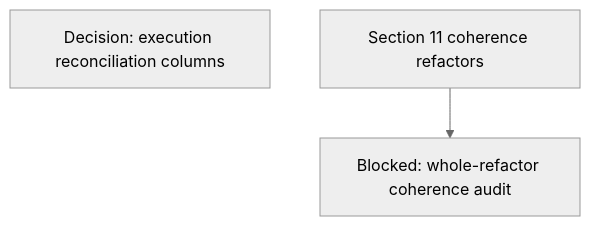
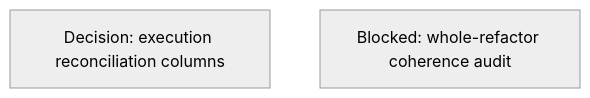
Before and after one commit to agentydragon-agent/ducktape: diagram 12 of 14 in agentplane/plans/task_dag.md, drawn with Mermaid (neutral theme). The commit also changed other lines of this file, not shown here.

````diff
--- a/agentplane/plans/task_dag.md
+++ b/agentplane/plans/task_dag.md
@@ -1073,6 +1073,5 @@
 ```mermaid
 flowchart TD
     ACTION_EXECUTION_AUDIT_TRIM[Decision: execution reconciliation columns]
     REFACTOR_COHERENCE_AUDIT[Blocked: whole-refactor coherence audit]
-    COHERENCE_REFACTORS[Section 11 coherence refactors] --> REFACTOR_COHERENCE_AUDIT
 ```
````
